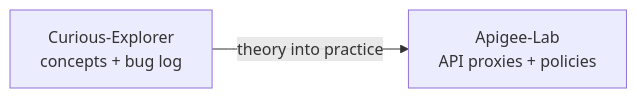
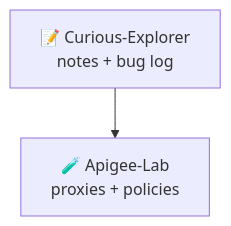
The diagram in README.md (SunnyJayaRaju/Curious-Explorer), drawn with Mermaid before and after one commit.

Commit message:
Make diagrams readable on small screens

````diff
--- a/README.md
+++ b/README.md
@@ -125,4 +125,4 @@
 ```mermaid
-flowchart LR
-  A["Curious-Explorer<br/>concepts + bug log"] -->|"theory into practice"| B["Apigee-Lab<br/>API proxies + policies"]
+flowchart TD
+  A["📝 Curious-Explorer<br/>notes + bug log"] --> B["🧪 Apigee-Lab<br/>proxies + policies"]
 ```
````
